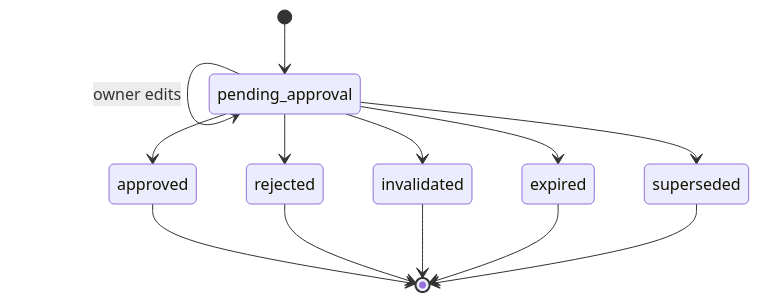
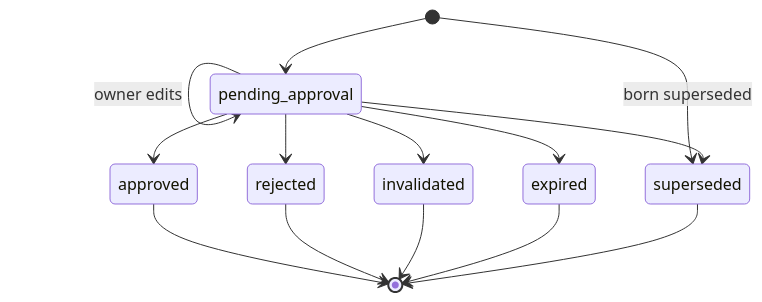
Before and after one commit to GeorgeTheo7/hotel-reservations-agent: the second of 2 diagrams in docs/states.md, drawn with Mermaid. The commit also changed other lines of this file and 1 other file, not shown here.

````diff
--- a/docs/states.md
+++ b/docs/states.md
@@ -69,15 +77,16 @@
 ```mermaid
 stateDiagram-v2
     [*] --> pending_approval
+    [*] --> superseded: born superseded
     pending_approval --> pending_approval: owner edits
     pending_approval --> approved
     pending_approval --> rejected
     pending_approval --> invalidated
     pending_approval --> expired
     pending_approval --> superseded
     approved --> [*]
     rejected --> [*]
     invalidated --> [*]
     expired --> [*]
     superseded --> [*]
 ```
````
